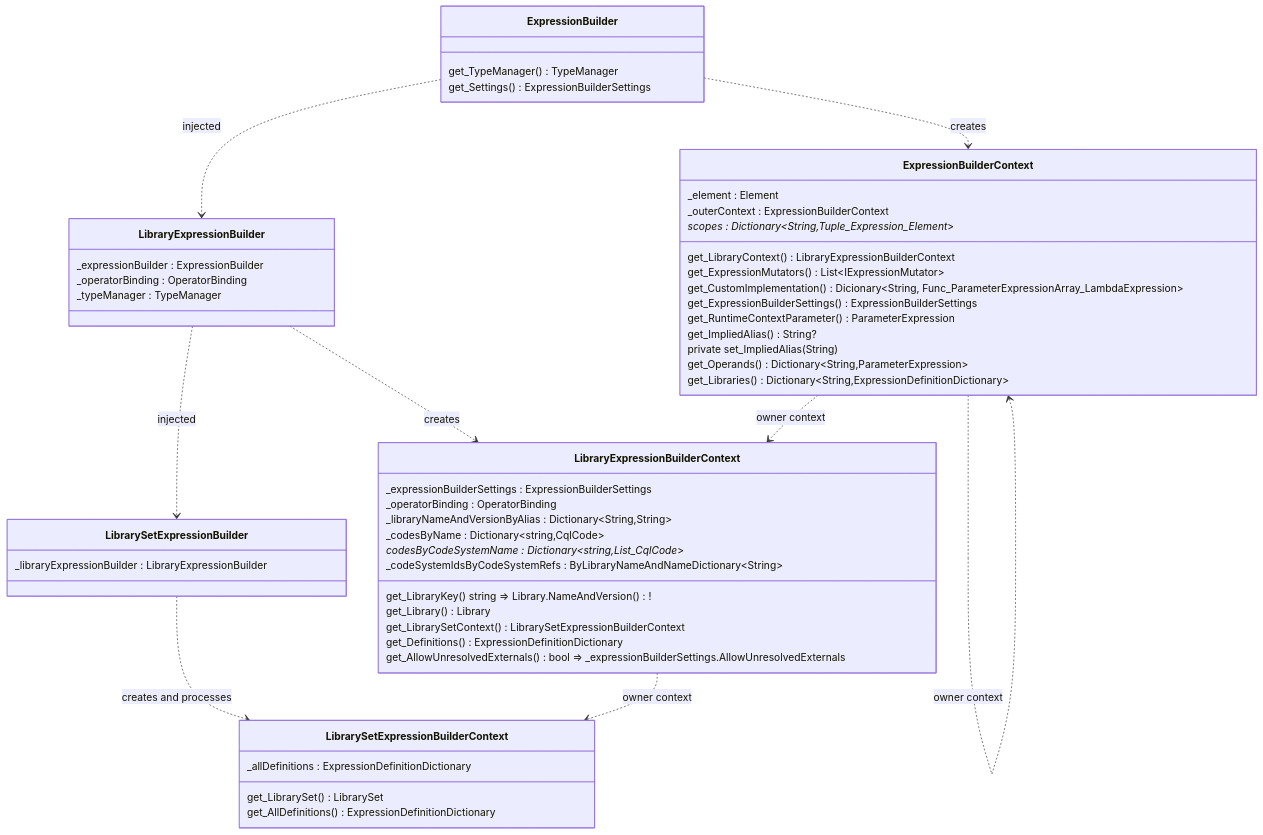
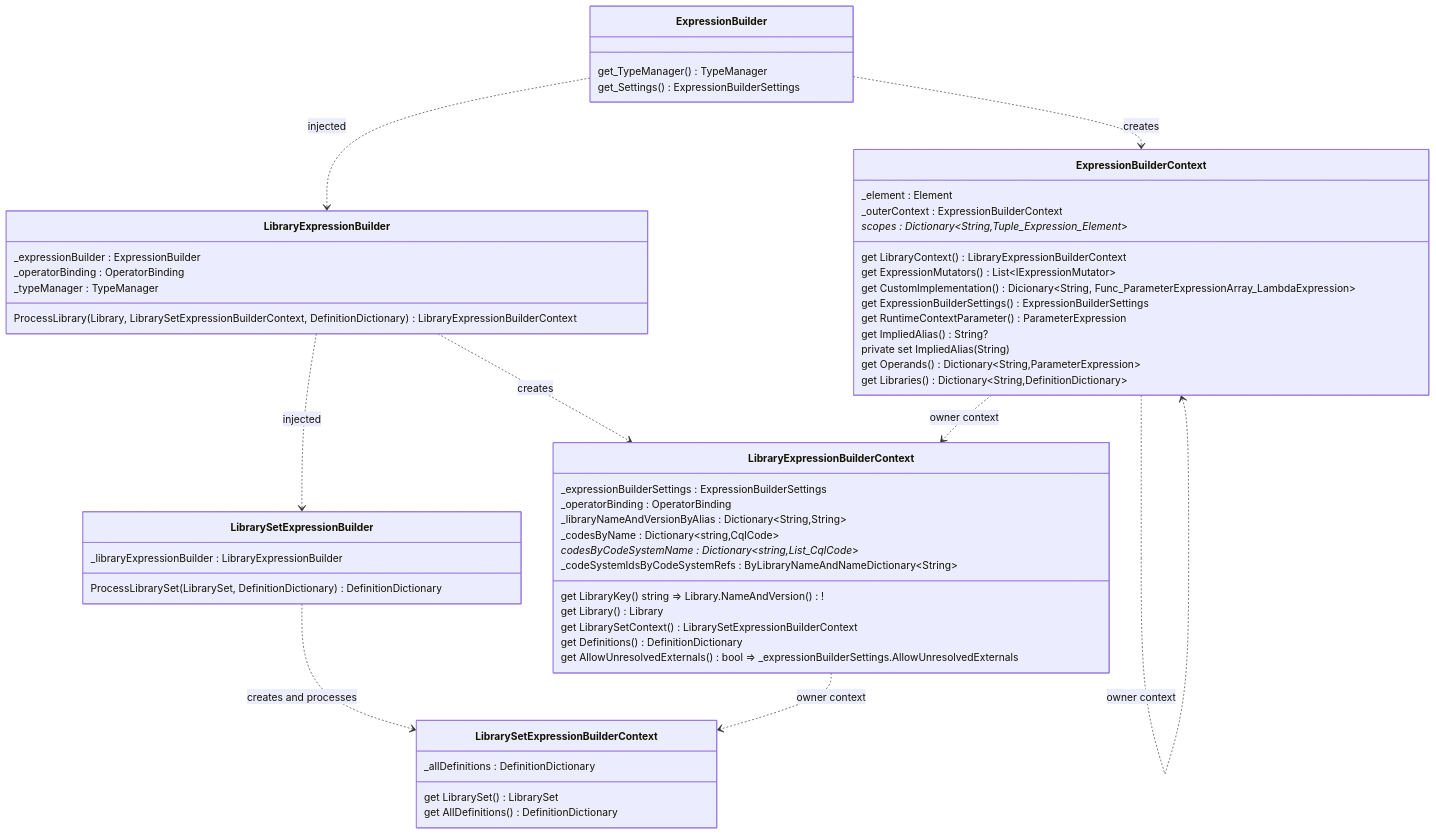
One commit to FirelyTeam/firely-cql-sdk changed the first of 2 diagrams in docs/packager-cli-dependency-graph.md. Above: the diagram before and after it, drawn with Mermaid. The commit also changed 22 other files, not shown here.

Commit message:
Under using non-generic dervied types for DEfinitionDictionary<>.. Too noisy

````diff
--- a/docs/packager-cli-dependency-graph.md
+++ b/docs/packager-cli-dependency-graph.md
@@ -4,70 +4,74 @@
 ```mermaid
 classDiagram
     direction TD
 
     class LibrarySetExpressionBuilder {
        _libraryExpressionBuilder : LibraryExpressionBuilder
+
+       ProcessLibrarySet(LibrarySet, DefinitionDictionary<LambdaExpression>) DefinitionDictionary<LambdaExpression>
     }
 
     class LibrarySetExpressionBuilderContext {
-       _allDefinitions : ExpressionDefinitionDictionary
+       _allDefinitions : DefinitionDictionary<LambdaExpression>
 
-       get_LibrarySet() LibrarySet
-       get_AllDefinitions() ExpressionDefinitionDictionary
+       get LibrarySet() LibrarySet
+       get AllDefinitions() DefinitionDictionary<LambdaExpression>
     }
 
     class LibraryExpressionBuilder {
        _expressionBuilder : ExpressionBuilder
        _operatorBinding : OperatorBinding
        _typeManager : TypeManager
+
+       ProcessLibrary(Library, LibrarySetExpressionBuilderContext, DefinitionDictionary<LambdaExpression>) LibraryExpressionBuilderContext
     }
 
     class LibraryExpressionBuilderContext {
        _expressionBuilderSettings : ExpressionBuilderSettings
        _operatorBinding : OperatorBinding
        _libraryNameAndVersionByAlias : Dictionary~String,String~
        _codesByName : Dictionary~string,CqlCode~
        _codesByCodeSystemName : Dictionary~string,List_CqlCode_~
        _codeSystemIdsByCodeSystemRefs : ByLibraryNameAndNameDictionary~String~
 
-       get_LibraryKey() string => Library.NameAndVersion()!
-       get_Library() Library
-       get_LibrarySetContext() LibrarySetExpressionBuilderContext
-       get_Definitions() ExpressionDefinitionDictionary
-       get_AllowUnresolvedExternals() bool => _expressionBuilderSettings.AllowUnresolvedExternals
+       get LibraryKey() string => Library.NameAndVersion()!
+       get Library() Library
+       get LibrarySetContext() LibrarySetExpressionBuilderContext
+       get Definitions() DefinitionDictionary<LambdaExpression>
+       get AllowUnresolvedExternals() bool => _expressionBuilderSettings.AllowUnresolvedExternals
     }
 
     class ExpressionBuilder {
         get_TypeManager() TypeManager
         get_Settings() ExpressionBuilderSettings
     }
     
 
     class ExpressionBuilderContext {
         _element : Element
         _outerContext : ExpressionBuilderContext
         _scopes : Dictionary~String,Tuple_Expression_Element_~
 
-        get_LibraryContext() LibraryExpressionBuilderContext
-        get_ExpressionMutators() List~IExpressionMutator~
-        get_CustomImplementation() Dicionary~String, Func_ParameterExpressionArray_LambdaExpression~
-        get_ExpressionBuilderSettings() ExpressionBuilderSettings
-        get_RuntimeContextParameter() ParameterExpression
-        get_ImpliedAlias() String?
-        private set_ImpliedAlias(String)
-        get_Operands() Dictionary~String,ParameterExpression~
-        get_Libraries() Dictionary~String,ExpressionDefinitionDictionary~
+        get LibraryContext() LibraryExpressionBuilderContext
+        get ExpressionMutators() List~IExpressionMutator~
+        get CustomImplementation() Dicionary~String, Func_ParameterExpressionArray_LambdaExpression~
+        get ExpressionBuilderSettings() ExpressionBuilderSettings
+        get RuntimeContextParameter() ParameterExpression
+        get ImpliedAlias() String?
+        private set ImpliedAlias(String)
+        get Operands() Dictionary~String,ParameterExpression~
+        get Libraries() Dictionary~String,DefinitionDictionary<LambdaExpression>~
 
     }
 
     LibrarySetExpressionBuilder ..> LibrarySetExpressionBuilderContext : creates and processes
     LibraryExpressionBuilder ..> LibraryExpressionBuilderContext : creates
     ExpressionBuilder ..> ExpressionBuilderContext : creates
 
     ExpressionBuilder ..> LibraryExpressionBuilder : injected
     LibraryExpressionBuilder ..> LibrarySetExpressionBuilder : injected
 
     ExpressionBuilderContext ..> LibraryExpressionBuilderContext : owner context
     ExpressionBuilderContext ..> ExpressionBuilderContext : owner context
     LibraryExpressionBuilderContext ..> LibrarySetExpressionBuilderContext : owner context
 ```
````
